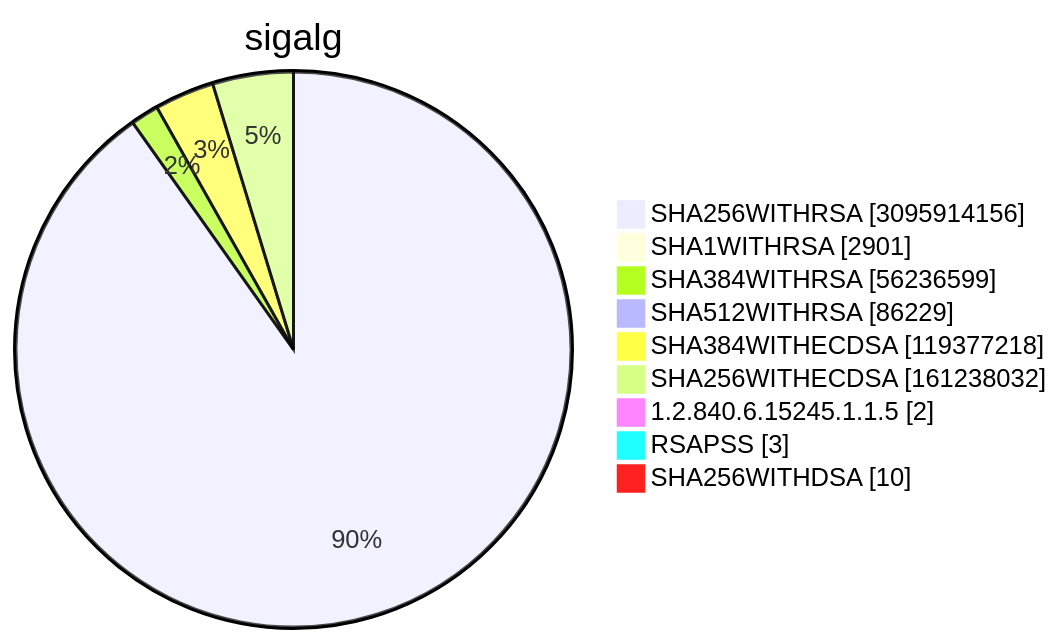
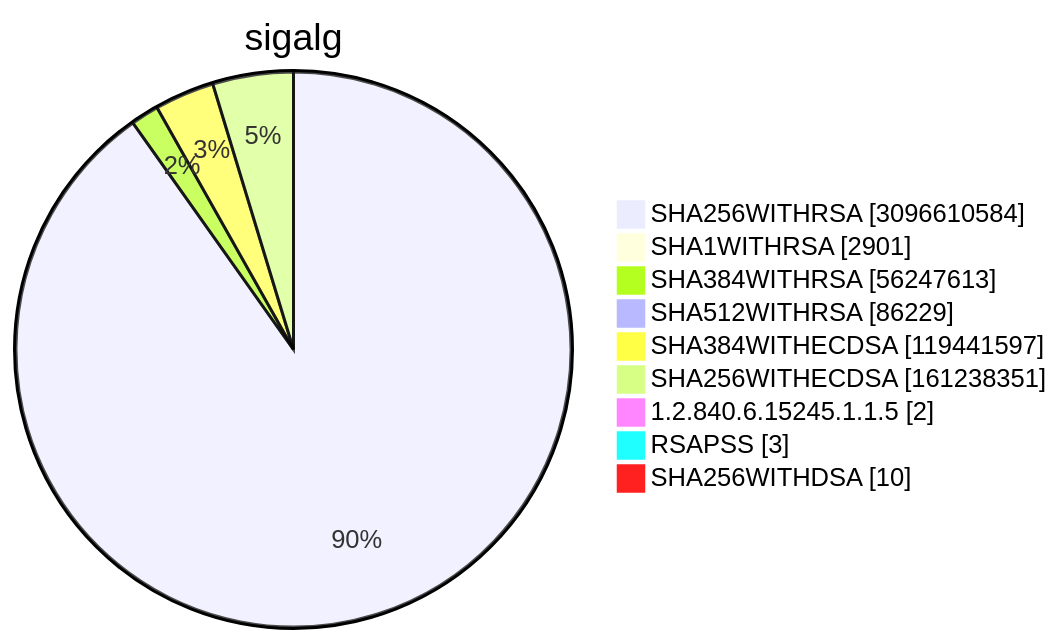
Diagram 15 of 15 in TOTAL/README.md (christiankrug/ctmonitor_visualization), drawn with Mermaid before and after one commit. The commit also changed other lines of this file, not shown here.

````diff
--- a/TOTAL/README.md
+++ b/TOTAL/README.md
@@ -6211,13 +6211,13 @@
 ```mermaid
 pie showData
 title sigalg
-"SHA256WITHRSA" :3095914156
+"SHA256WITHRSA" :3096610584
 "SHA1WITHRSA" :2901
-"SHA384WITHRSA" :56236599
+"SHA384WITHRSA" :56247613
 "SHA512WITHRSA" :86229
-"SHA384WITHECDSA" :119377218
-"SHA256WITHECDSA" :161238032
+"SHA384WITHECDSA" :119441597
+"SHA256WITHECDSA" :161238351
 "1.2.840.6.15245.1.1.5" :2
 "RSAPSS" :3
 "SHA256WITHDSA" :10
 ```
````
